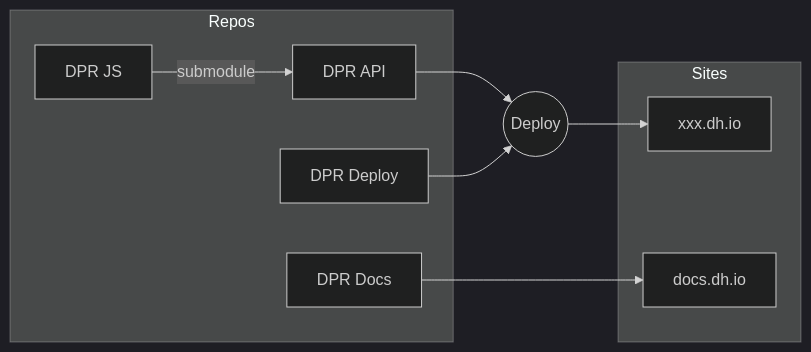
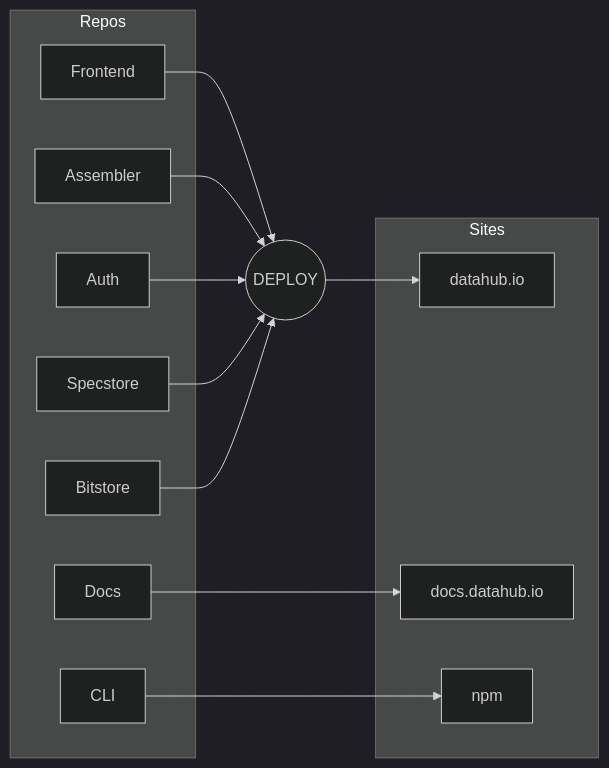
Before and after one commit to datopian/datahub-docs-tech: the diagram in docs/developers/index.md, drawn with Mermaid (dark theme). The commit also changed other lines of this file, not shown here.

Commit message:
[developers-main-page][s]: updated diagram and install section - refs #54

```diff
--- a/docs/developers/index.md
+++ b/docs/developers/index.md
@@ -19,22 +26,29 @@
 <div class="mermaid">
 graph LR
 
 subgraph Repos
-  dprapi[DPR API]
-  dprjs[DPR JS]
-  dprdeploy[DPR Deploy]
-  dprdocs[DPR Docs]
-  dprjs --submodule--> dprapi
+  frontend[Frontend]
+  assembler[Assembler]
+  auth[Auth]
+  specstore[Specstore]
+  bitstore[Bitstore]
+  docs[Docs]
+  cli[CLI]
 end
 
 subgraph Sites
-  dhio[xxx.dh.io]
-  dhdocs[docs.dh.io]
-  dprdocs --> dhdocs
+  dhio[datahub.io]
+  dhdocs[docs.datahub.io]
+  cli --> npm
+  docs --> dhdocs
 end
 
-deploy((Deploy))
-dprapi --> deploy
+deploy((DEPLOY))
 deploy --> dhio
-dprdeploy --> deploy
+frontend --> deploy
+assembler --> deploy
+auth --> deploy
+specstore --> deploy
+bitstore --> deploy
+
 </div>
```
